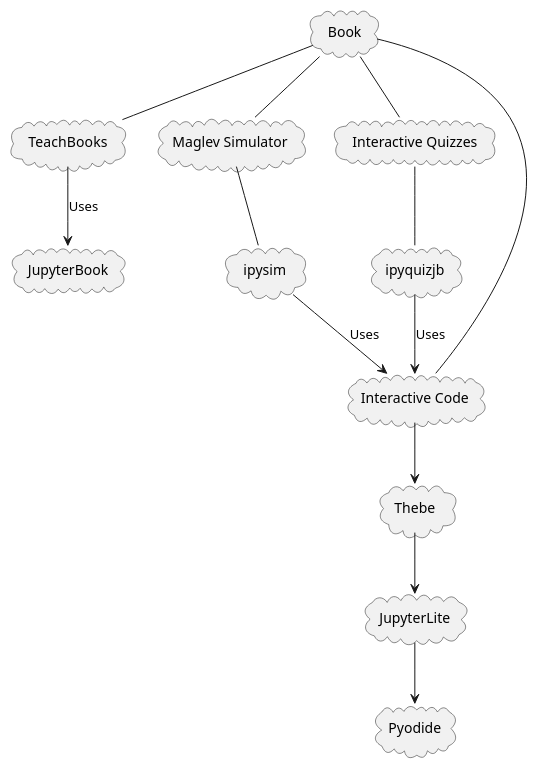
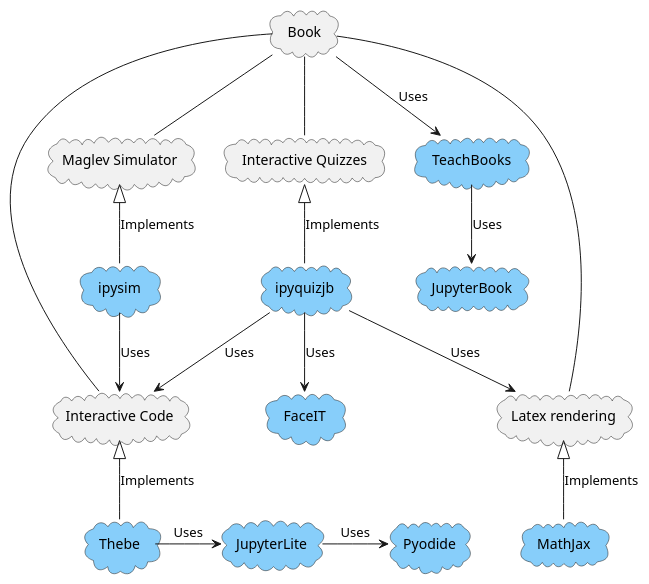
Before and after one commit to ForceoftheCyber/CyberBook: the diagram in docs/logical_view.puml, drawn with PlantUML. The commit also changed 1 other file, not shown here.

```diff
--- a/docs/logical_view.puml
+++ b/docs/logical_view.puml
@@ -1,34 +1,51 @@
 @startuml
+hide stereotype
+<style>
+.implementation {
+    BackgroundColor LightSkyBlue
+}
+</style>
+
 cloud Book
-cloud TeachBooks
-cloud JupyterBook
+cloud TeachBooks <<implementation>>
+cloud JupyterBook <<implementation>>
 
 cloud "Maglev Simulator" as maglev
-cloud ipysim
+cloud ipysim <<implementation>>
 
 cloud "Interactive Quizzes" as quiz
-cloud ipyquizjb
+cloud ipyquizjb <<implementation>>
+
+cloud "FaceIT" as faceit <<implementation>>
+
+cloud "Latex rendering" as latex
+cloud "MathJax" as mathjax <<implementation>>
 
 cloud "Interactive Code" as interactive
-cloud Thebe
-cloud JupyterLite
-cloud Pyodide
+cloud Thebe <<implementation>>
+cloud JupyterLite <<implementation>>
+cloud Pyodide <<implementation>>
 
-Book -- TeachBooks
-TeachBooks --> JupyterBook : Uses
+Book --> TeachBooks : "Uses"
+TeachBooks --> JupyterBook : "Uses"
 
 Book -- quiz
-quiz -- ipyquizjb
 Book -- interactive
+Book -- maglev
+Book -- latex
 
-interactive --> Thebe
-Thebe --> JupyterLite
-JupyterLite --> Pyodide
+quiz ^-- ipyquizjb : "Implements"
+maglev ^-- ipysim : "Implements"
+latex ^-- mathjax : "Implements"
+ipyquizjb --> latex : "Uses"
 
-Book -- maglev
-maglev -- ipysim
+ipyquizjb --> faceit : "Uses"
+
+interactive ^-- Thebe : "Implements"
+Thebe -> JupyterLite : "Uses"
+JupyterLite -> Pyodide : "Uses"
 
 ipysim --> interactive : "Uses"
 ipyquizjb --> interactive : "Uses"
 
 @enduml
```
